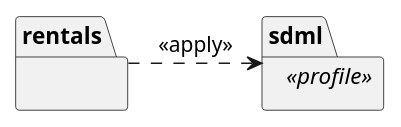
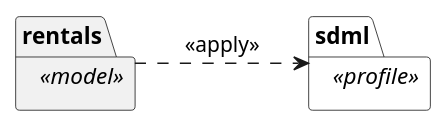
The second of 19 diagrams in docs/uml-profile.org (sdm-lang/tree-sitter-sdml), drawn with PlantUML before and after one commit. The commit also changed other lines of this file and 25 other files, not shown here.

Commit message:
docs: working on UML profile

```diff
--- a/docs/uml-profile.org
+++ b/docs/uml-profile.org
@@ -46,11 +55,16 @@
 #+BEGIN_SRC plantuml :file uml-ex-profile-applied.svg
 skinparam backgroundColor transparent
+skinparam style strictuml
+skinparam linetype polyline
+skinparam nodesep 60
+
 hide circle
 hide members
 
-package rentals {
+package rentals <<model>> {
 }
-package sdml <<profile>> {
+package sdml <<profile>> #white {
 }
+
 rentals .> sdml: <<apply>>
 #+END_SRC
```
